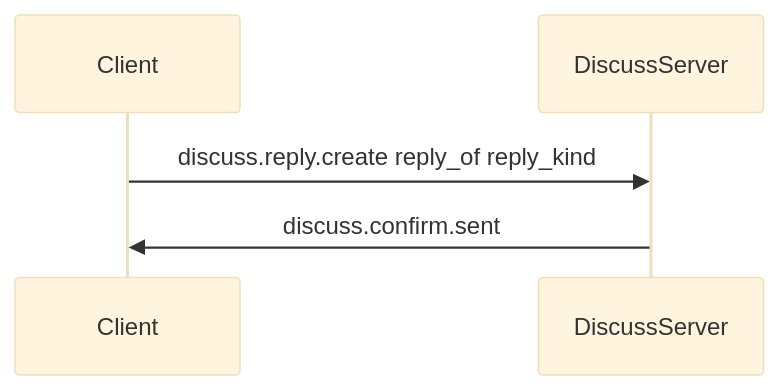
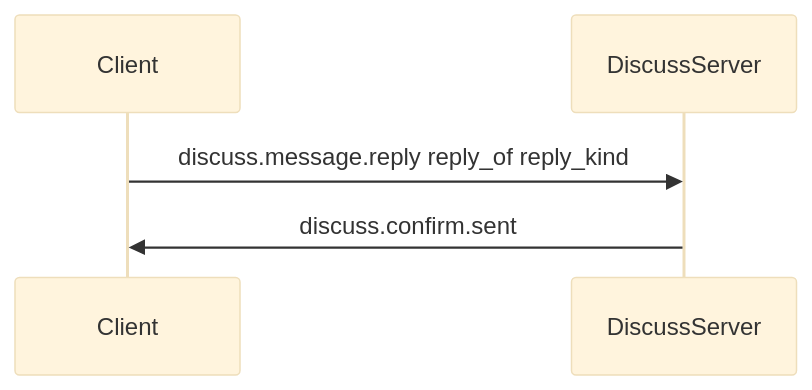
Before and after one commit to abx-ltd/python.rfx-base: the second of 4 diagrams in docs/rfx_discuss/01.rtc-message-schema.md, drawn with Mermaid (base theme). The commit also changed other lines of this file, not shown here.

First line of the commit message:
docs: consolidate acknowledgement flow into discuss.message.reply

````diff
--- a/docs/rfx_discuss/01.rtc-message-schema.md
+++ b/docs/rfx_discuss/01.rtc-message-schema.md
@@ -280,7 +258,7 @@
 ```mermaid
 sequenceDiagram
     participant C as Client
     participant S as DiscussServer
-    C->>S: discuss.reply.create reply_of reply_kind
+    C->>S: discuss.message.reply reply_of reply_kind
     S->>C: discuss.confirm.sent
 ```
````
